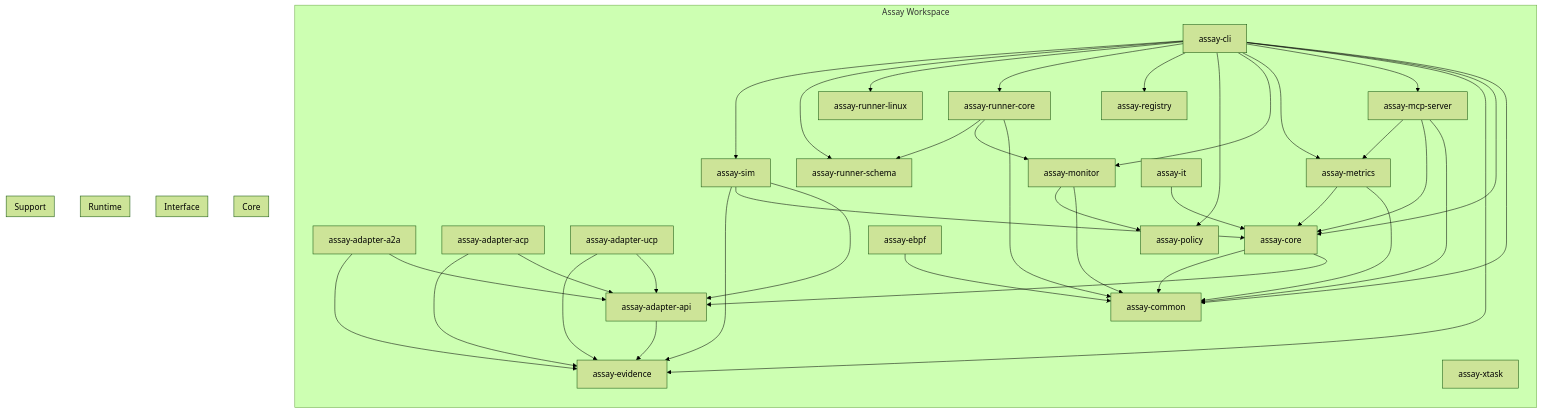
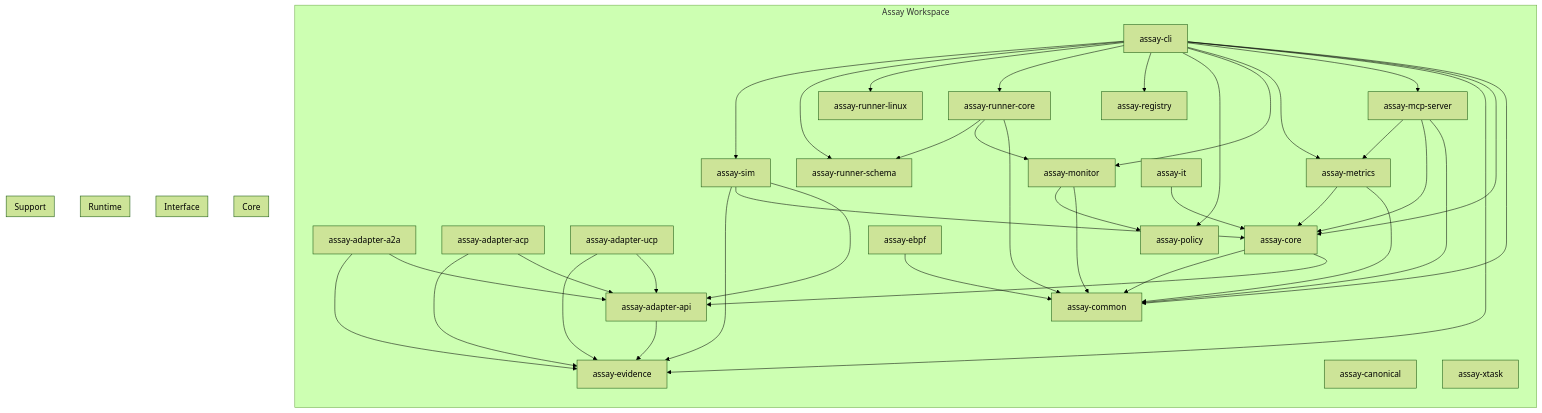
Before and after one commit to Rul1an/assay: diagram 23 of 24 in docs/AIcontext/architecture-diagrams.md, drawn with Mermaid (forest theme). The commit also changed 1 other file, not shown here.

Commit message:
docs: auto-update diagrams and crate info (#1738)

```diff
--- a/docs/AIcontext/architecture-diagrams.md
+++ b/docs/AIcontext/architecture-diagrams.md
@@ -833,6 +833,7 @@
         assay_adapter_acp["assay-adapter-acp"]
         assay_adapter_api["assay-adapter-api"]
         assay_adapter_ucp["assay-adapter-ucp"]
+        assay_canonical["assay-canonical"]
         assay_cli["assay-cli"]
         assay_common["assay-common"]
         assay_core["assay-core"]
```
